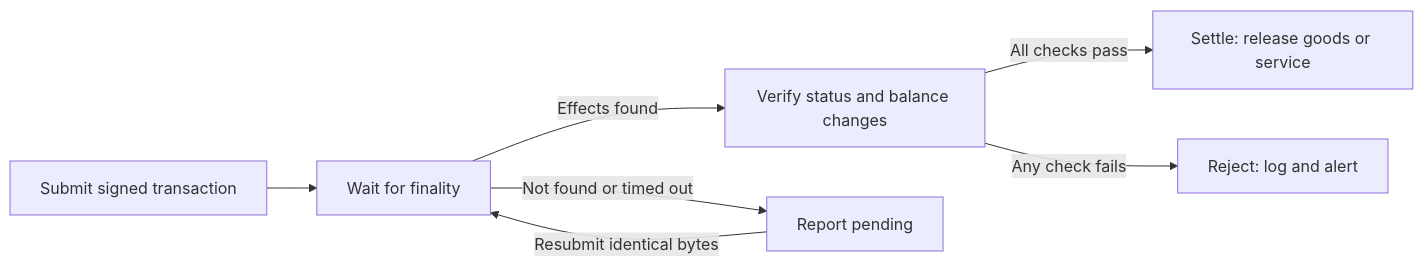
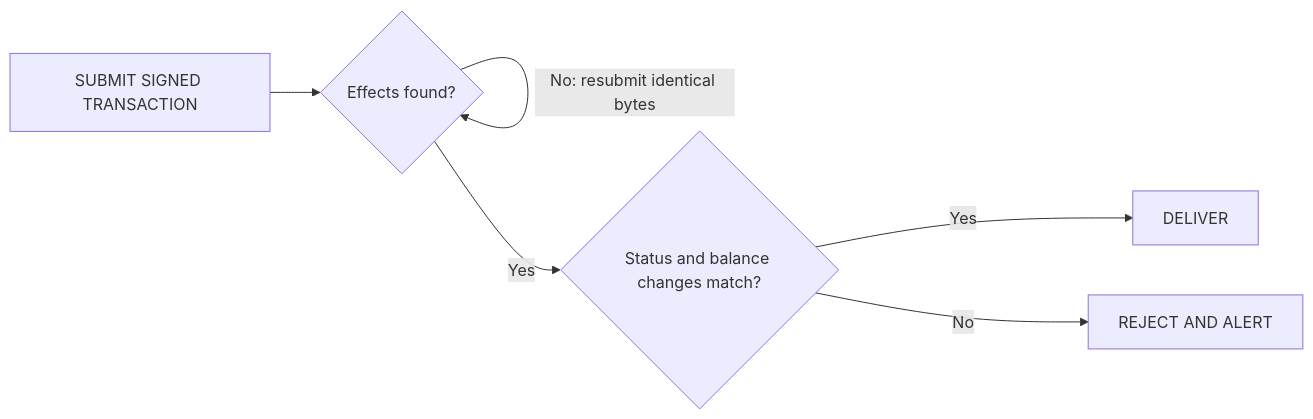
The diagram in content/sui/onchain-finance/agentic-payments/settlement-verification.mdx (MystenLabs/sui-docs), drawn with Mermaid before and after one commit. The commit also changed other lines of this file and 8 other files, not shown here.

````diff
--- a/content/sui/onchain-finance/agentic-payments/settlement-verification.mdx
+++ b/content/sui/onchain-finance/agentic-payments/settlement-verification.mdx
@@ -78,9 +77,8 @@
 ```mermaid
 flowchart LR
-    A[Submit signed transaction] --> B[Wait for finality]
-    B -->|Effects found| C[Verify status and balance changes]
-    B -->|Not found or timed out| P[Report pending]
-    P -->|Resubmit identical bytes| B
-    C -->|All checks pass| S[Settle: release goods or service]
-    C -->|Any check fails| R[Reject: log and alert]
+    A[SUBMIT SIGNED TRANSACTION] --> B{Effects found?}
+    B -->|No: resubmit identical bytes| B
+    B -->|Yes| C{Status and balance changes match?}
+    C -->|Yes| S[DELIVER]
+    C -->|No| R[REJECT AND ALERT]
 ```
````
